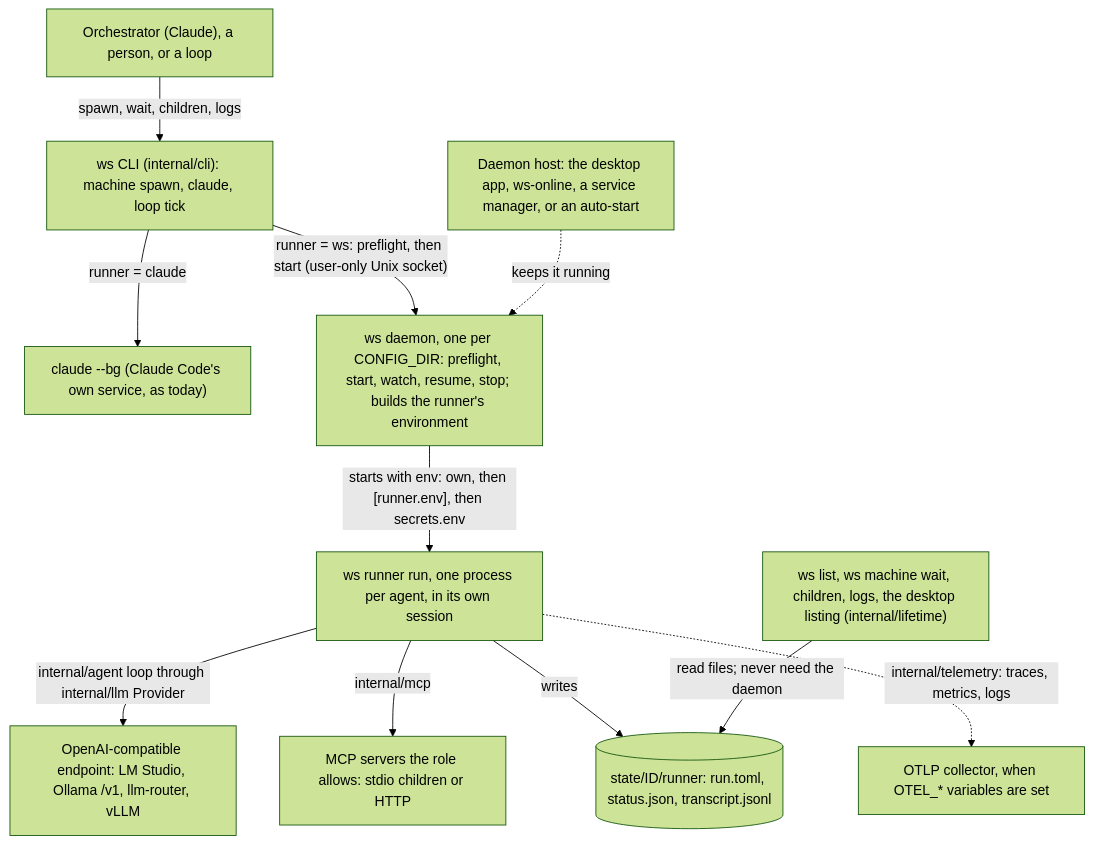
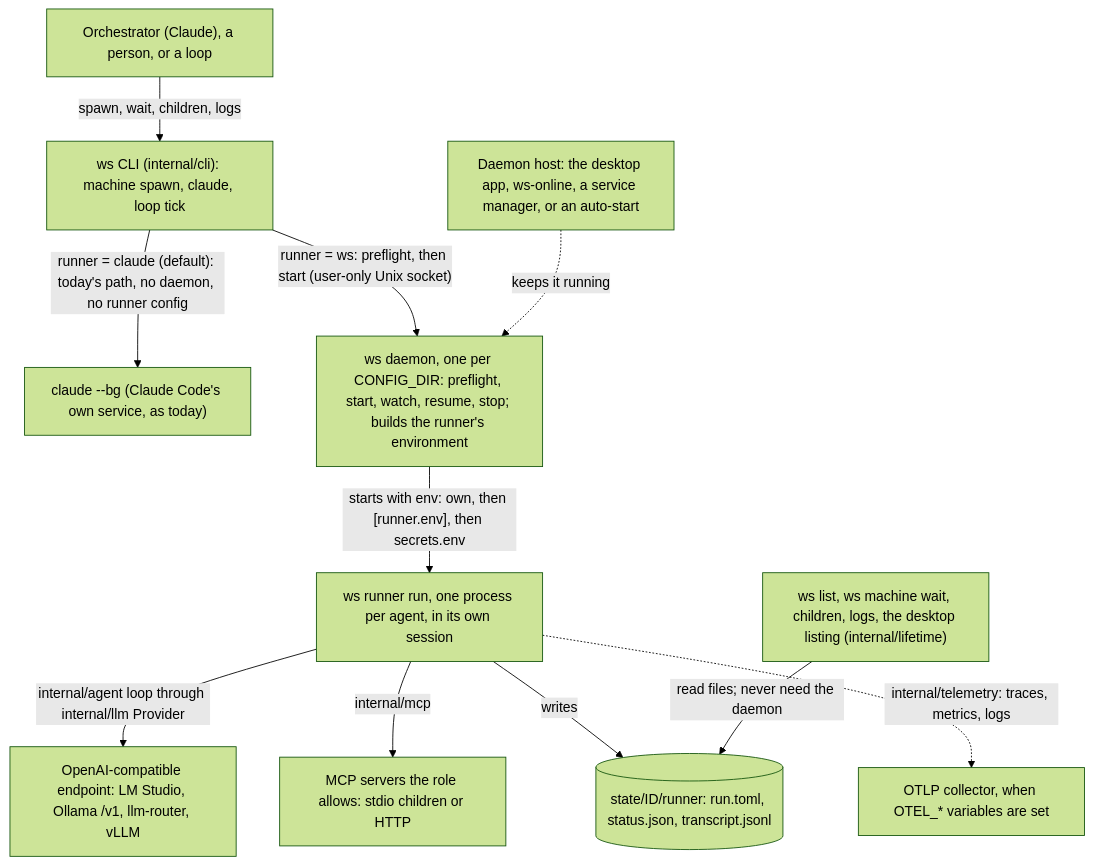
The second of 4 diagrams in docs/design/ollama-agent/README.md (bobcob7/workspaces), drawn with Mermaid (forest theme) before and after one commit. The commit also changed other lines of this file, not shown here.

Commit message:
docs: reference ADR 0071 and the roadmap from the runner design, and drop the fallback

````diff
--- a/docs/design/ollama-agent/README.md
+++ b/docs/design/ollama-agent/README.md
@@ -131,25 +176,25 @@
 ```mermaid
 flowchart TB
     orch["Orchestrator (Claude), a person, or a loop"]
     cli["ws CLI (internal/cli): machine spawn, claude, loop tick"]
     cc["claude --bg (Claude Code's own service, as today)"]
     hosts["Daemon host: the desktop app, ws-online, a service manager, or an auto-start"]
     daemon["ws daemon, one per CONFIG_DIR: preflight, start, watch, resume, stop; builds the runner's environment"]
     runner["ws runner run, one process per agent, in its own session"]
     files[("state/ID/runner: run.toml, status.json, transcript.jsonl")]
     readers["ws list, ws machine wait, children, logs, the desktop listing (internal/lifetime)"]
     endpoint["OpenAI-compatible endpoint: LM Studio, Ollama /v1, llm-router, vLLM"]
     mcpservers["MCP servers the role allows: stdio children or HTTP"]
     otel["OTLP collector, when OTEL_* variables are set"]
 
     orch -->|"spawn, wait, children, logs"| cli
-    cli -->|"runner = claude"| cc
+    cli -->|"runner = claude (default): today's path, no daemon, no runner config"| cc
     cli -->|"runner = ws: preflight, then start (user-only Unix socket)"| daemon
     hosts -.->|"keeps it running"| daemon
     daemon -->|"starts with env: own, then [runner.env], then secrets.env"| runner
     runner -->|"internal/agent loop through internal/llm Provider"| endpoint
     runner -->|"internal/mcp"| mcpservers
     runner -->|"writes"| files
     runner -.->|"internal/telemetry: traces, metrics, logs"| otel
     readers -->|"read files; never need the daemon"| files
 ```
````
